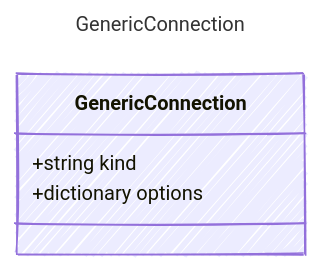
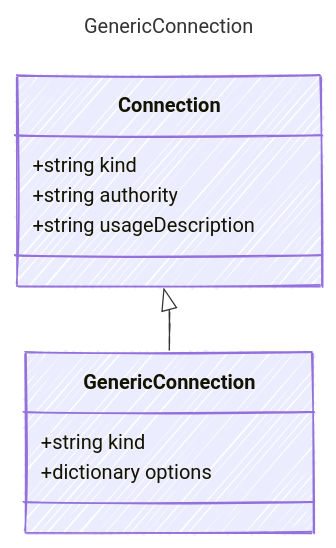
The diagram in specification/prompty/docs/GenericConnection.md (microsoft/prompty), drawn with Mermaid before and after one commit. The commit also changed 24 other files, not shown here.

````diff
--- a/specification/prompty/docs/GenericConnection.md
+++ b/specification/prompty/docs/GenericConnection.md
@@ -7,16 +7,22 @@
 ```mermaid
 ---
 title: GenericConnection
 config:
   look: handDrawn
   theme: colorful
   class:
     hideEmptyMembersBox: true
 ---
 classDiagram
+    class Connection {
+        +string kind
+        +string authority
+        +string usageDescription
+    }
+    Connection <|-- GenericConnection
     class GenericConnection {
       
         +string kind
         +dictionary options
     }
 ```
````
